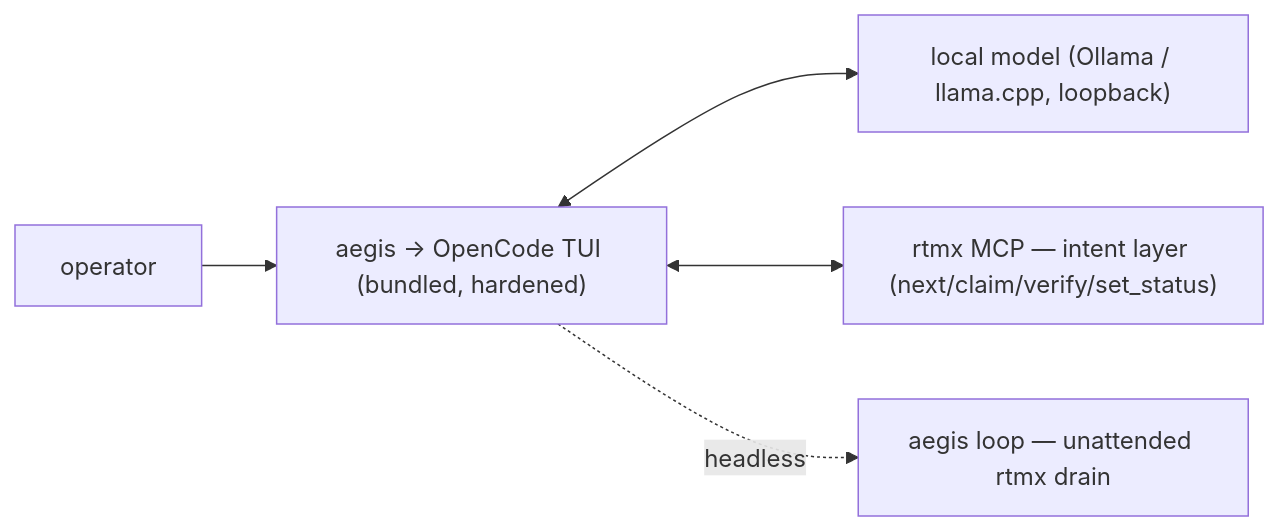
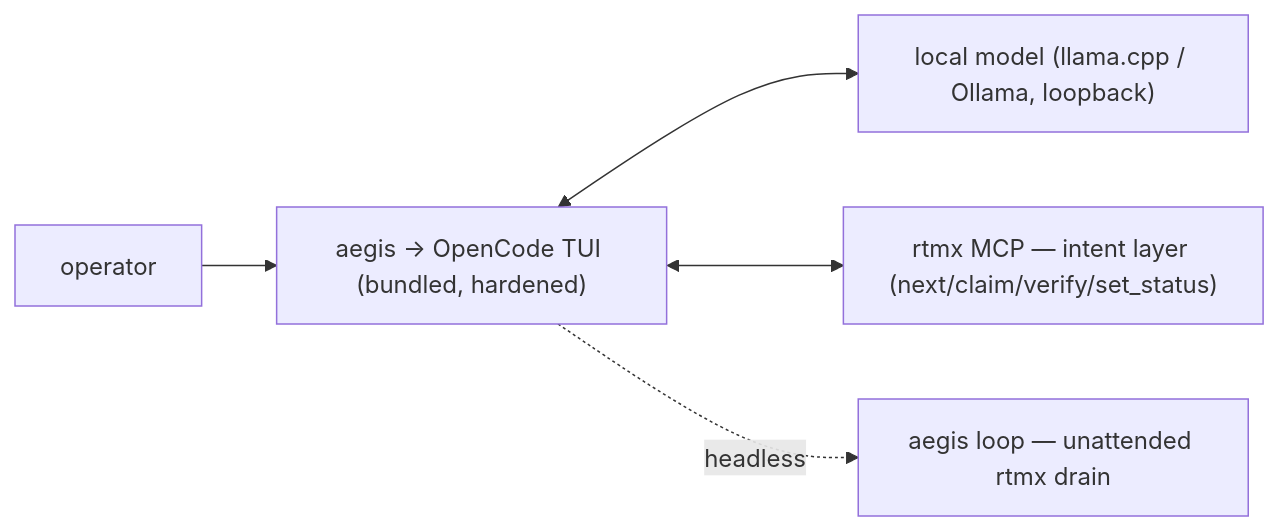
The diagram in README.md (rtmx-ai/aegis-cli), drawn with Mermaid before and after one commit. The commit also changed other lines of this file and 2 other files, not shown here.

````diff
--- a/README.md
+++ b/README.md
@@ -18,7 +23,7 @@
 ```mermaid
 flowchart LR
     user["operator"] --> tui["aegis → OpenCode TUI (bundled, hardened)"]
-    tui <--> model["local model (Ollama / llama.cpp, loopback)"]
+    tui <--> model["local model (llama.cpp / Ollama, loopback)"]
     tui <--> rtmx["rtmx MCP — intent layer (next/claim/verify/set_status)"]
     tui -.headless.-> loop["aegis loop — unattended rtmx drain"]
 ```
````
